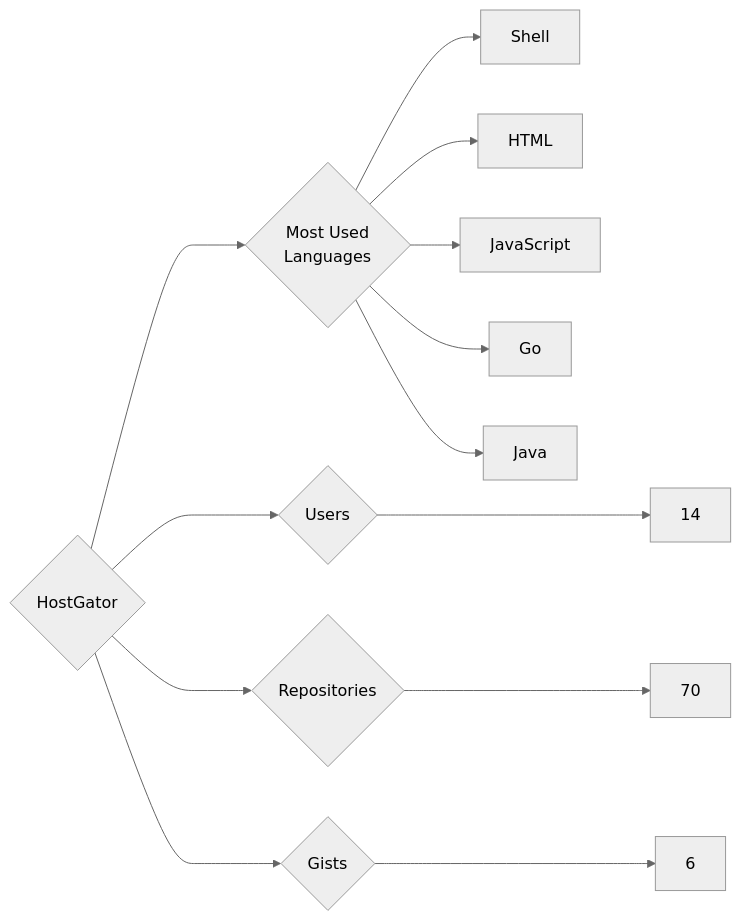
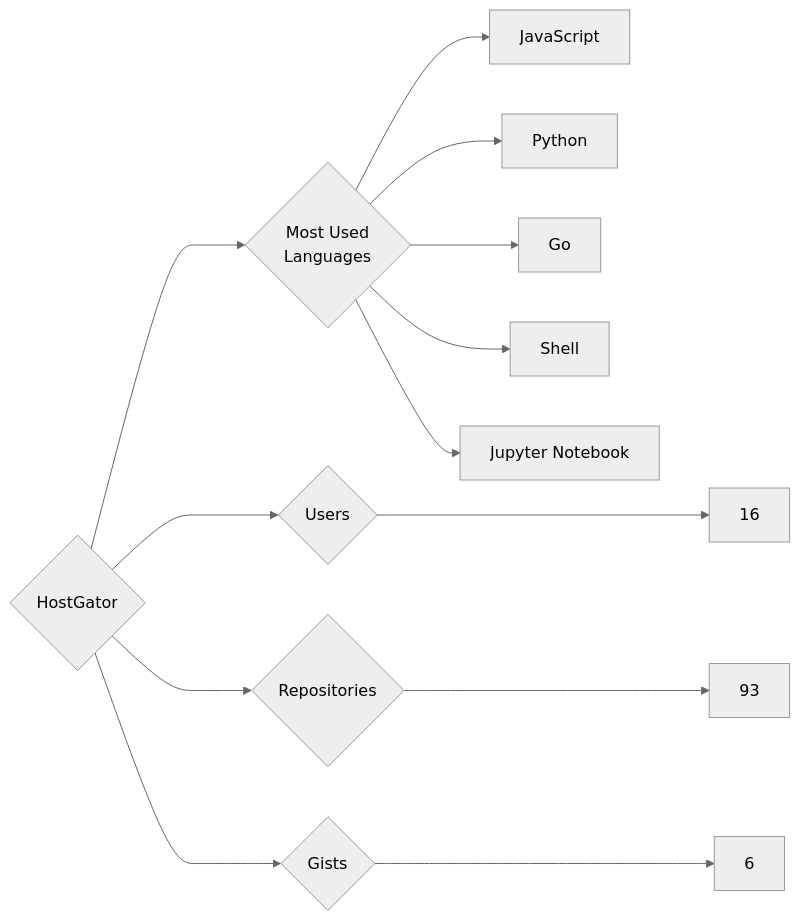
One commit to trickest/insiders changed the diagram in targets/HostGator/README.md. Above: the diagram before and after it, drawn with Mermaid (neutral theme). The commit also changed 914 other files, not shown here.

````diff
--- a/targets/HostGator/README.md
+++ b/targets/HostGator/README.md
@@ -3,13 +3,13 @@
 ```mermaid
 graph LR
 COMPANY_NAME{HostGator}
-COMPANY_NAME ---> U{Users} ---> UN[14]
-COMPANY_NAME ---> R{Repositories} ---> RN[70]
+COMPANY_NAME ---> U{Users} ---> UN[16]
+COMPANY_NAME ---> R{Repositories} ---> RN[93]
 COMPANY_NAME ---> G{Gists} ---> GN[6]
 COMPANY_NAME ---> ML{Most Used<br>Languages}
+ML --> JavaScript[JavaScript]
+ML --> Python[Python]
+ML --> Go[Go]
 ML --> Shell[Shell]
-ML --> HTML[HTML]
-ML --> JavaScript[JavaScript]
-ML --> Go[Go]
-ML --> Java[Java]
+ML --> Jupyter_Notebook[Jupyter Notebook]
 ```
````
